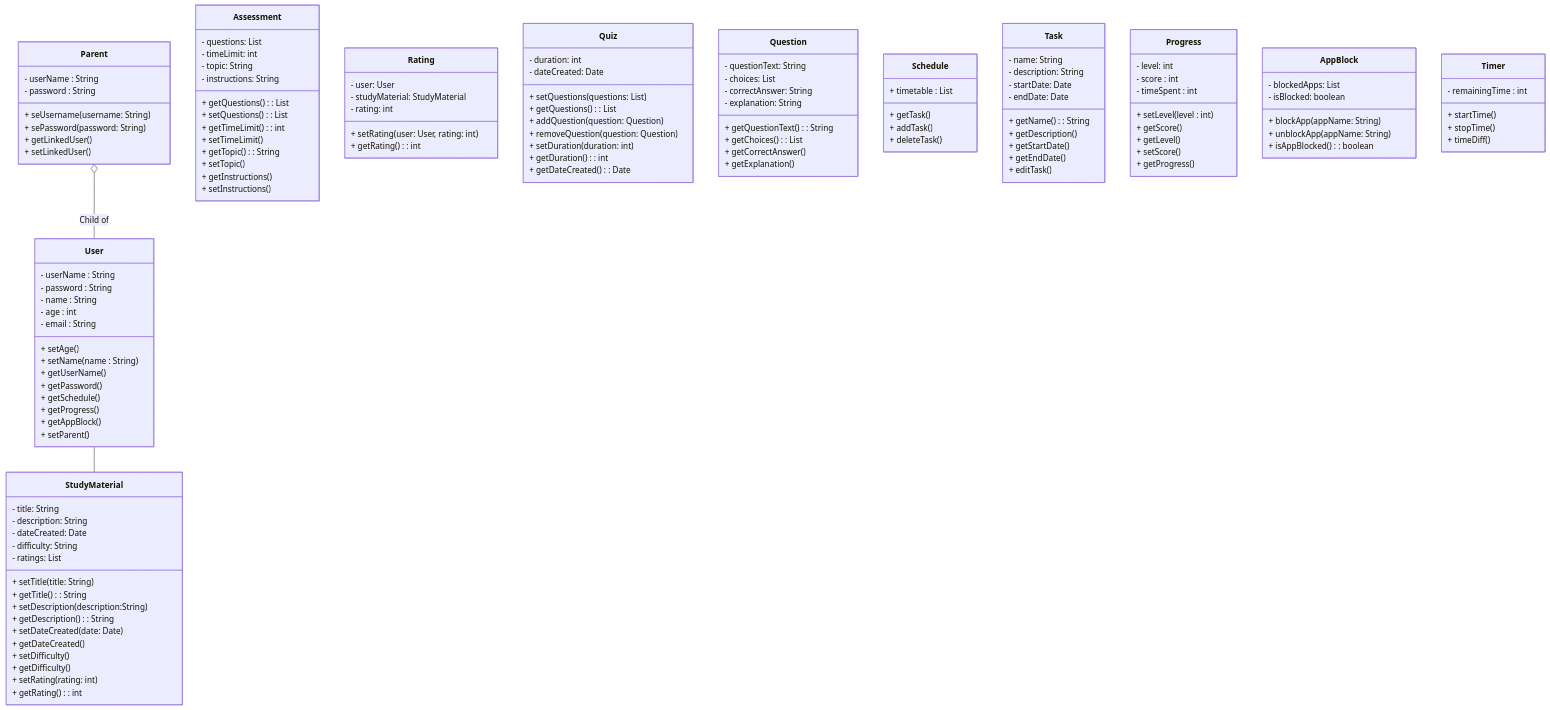
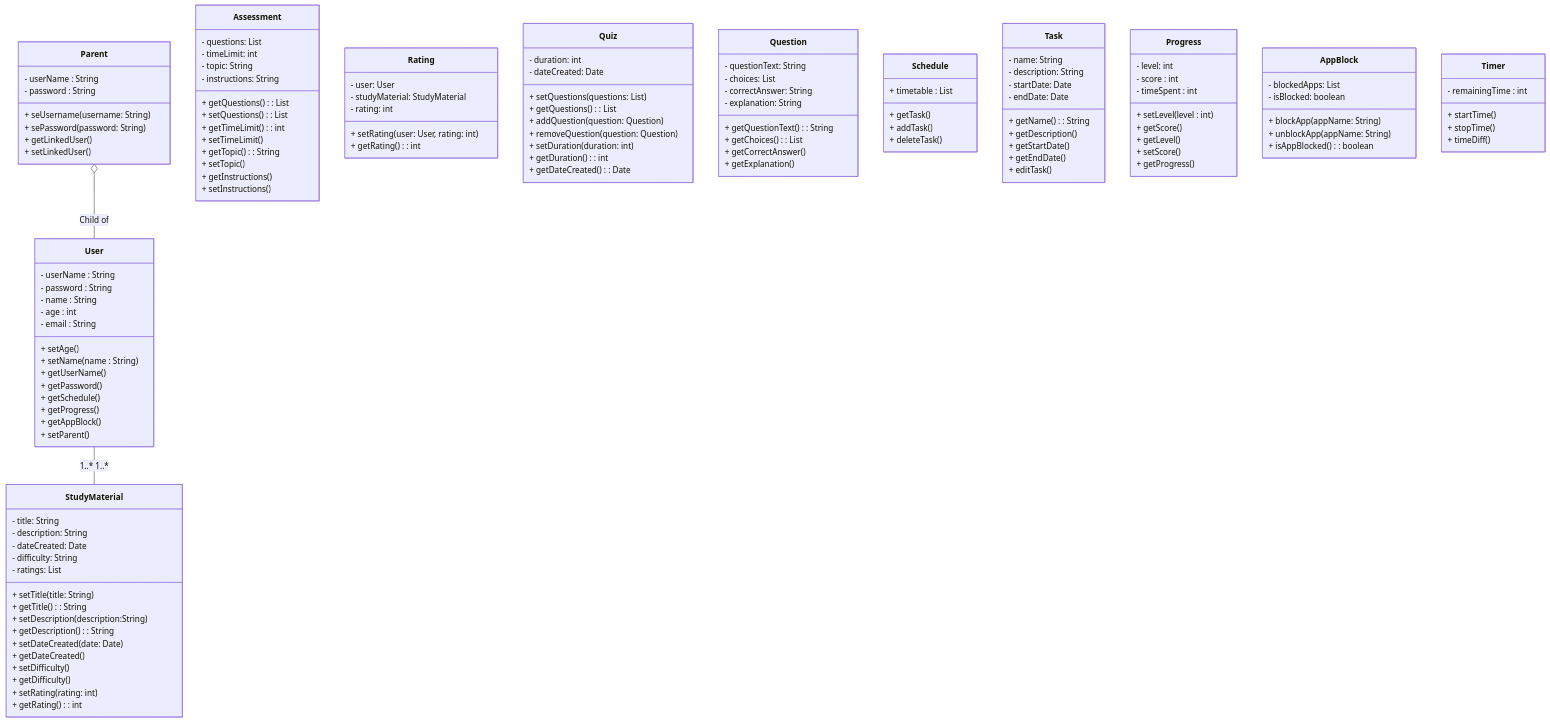
One commit to anony-hunter/test changed the diagram in UML.md. Above: the diagram before and after it, drawn with Mermaid.

````diff
--- a/UML.md
+++ b/UML.md
@@ -158,5 +158,5 @@
 }
 
 Parent o-- User: Child of
-User -- StudyMaterial 
+User -- StudyMaterial: 1..*    1..*
 ```
````
